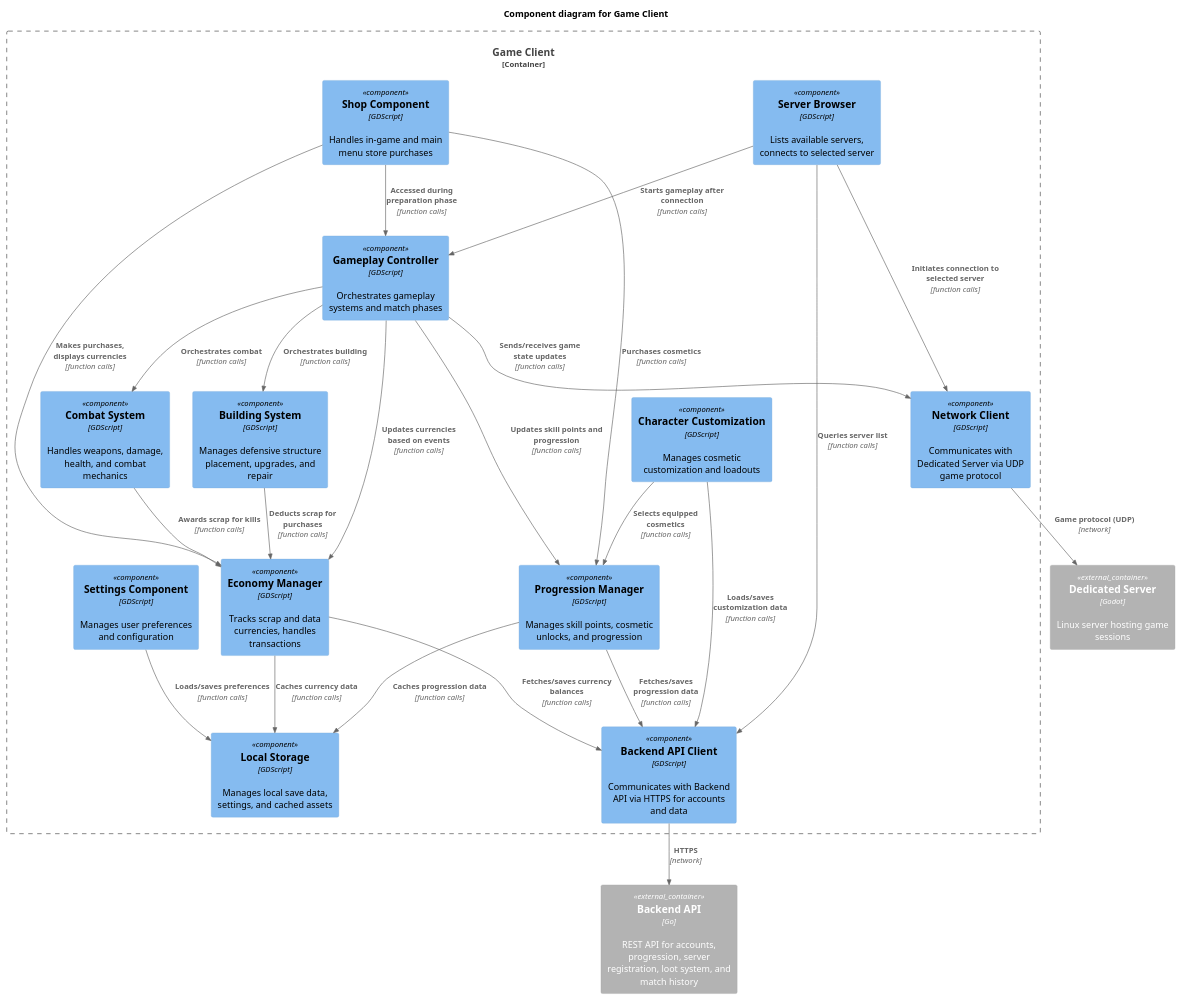
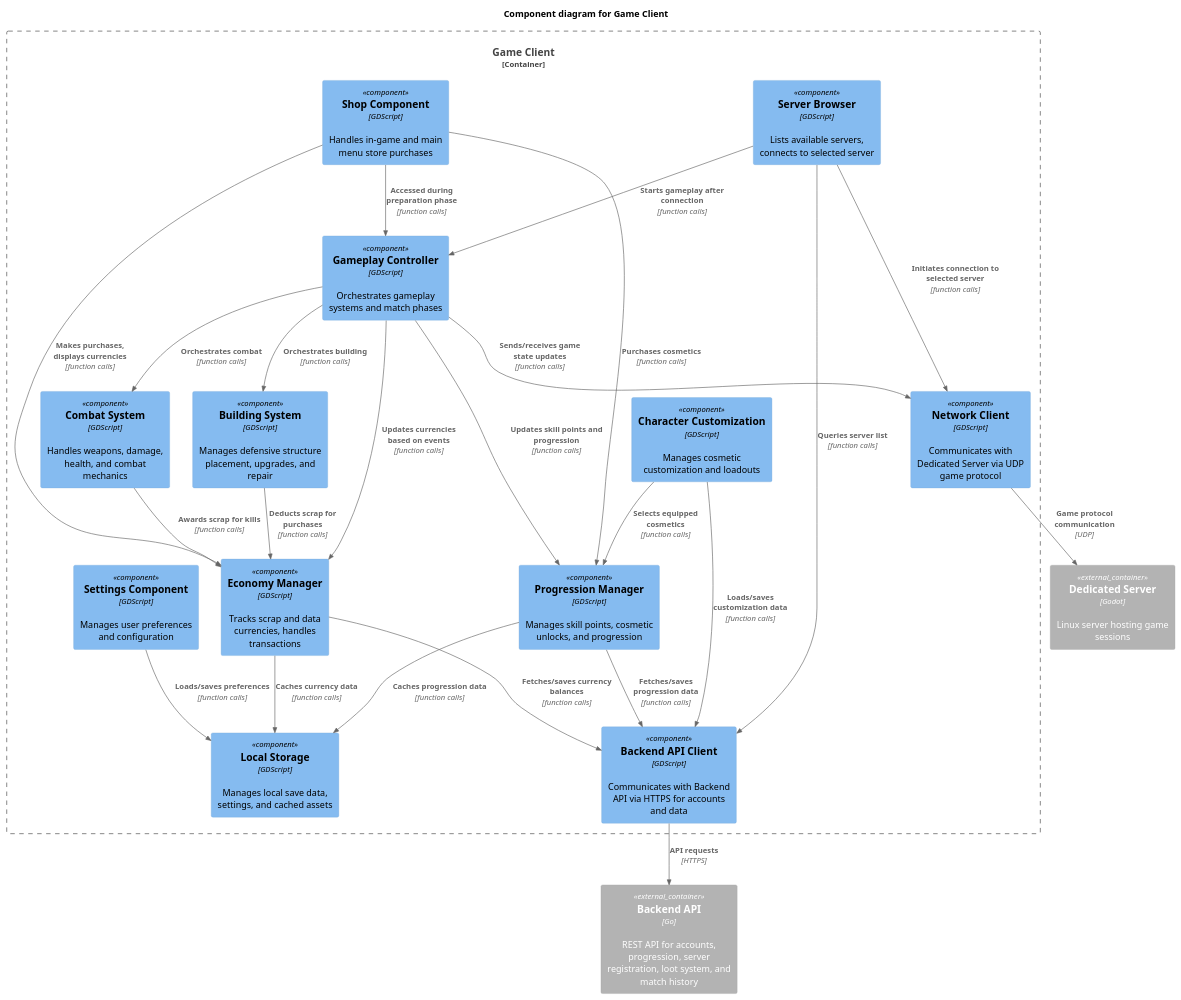
One commit to rodd-oss/ai-zombie-defense changed the diagram in docs/c4/containers/game-client.puml. Above: the diagram before and after it, drawn with PlantUML. The commit also changed 7 other files, not shown here.

First line of the commit message:
Update C4 diagrams and PRD documentation

```diff
--- a/docs/c4/containers/game-client.puml
+++ b/docs/c4/containers/game-client.puml
@@ -1,74 +1,74 @@
 @startuml
 !include https://raw.githubusercontent.com/plantuml-stdlib/C4-PlantUML/master/C4_Component.puml
 
 title Component diagram for Game Client
 
 ' External containers (from container diagram)
 Container_Ext(dedicated_server, "Dedicated Server", "Godot", "Linux server hosting game sessions")
 Container_Ext(backend_api, "Backend API", "Go", "REST API for accounts, progression, server registration, loot system, and match history")
 
 ' Game Client container boundary with internal components
 Container_Boundary(game_client, "Game Client") {
   Component(server_browser, "Server Browser", "GDScript", "Lists available servers, connects to selected server")
   Component(character_customization, "Character Customization", "GDScript", "Manages cosmetic customization and loadouts")
   Component(shop_component, "Shop Component", "GDScript", "Handles in-game and main menu store purchases")
   Component(settings_component, "Settings Component", "GDScript", "Manages user preferences and configuration")
   Component(gameplay_controller, "Gameplay Controller", "GDScript", "Orchestrates gameplay systems and match phases")
   Component(combat_system, "Combat System", "GDScript", "Handles weapons, damage, health, and combat mechanics")
   Component(building_system, "Building System", "GDScript", "Manages defensive structure placement, upgrades, and repair")
   Component(economy_manager, "Economy Manager", "GDScript", "Tracks scrap and data currencies, handles transactions")
   Component(progression_manager, "Progression Manager", "GDScript", "Manages skill points, cosmetic unlocks, and progression")
   Component(network_client, "Network Client", "GDScript", "Communicates with Dedicated Server via UDP game protocol")
   Component(backend_api_client, "Backend API Client", "GDScript", "Communicates with Backend API via HTTPS for accounts and data")
   Component(local_storage, "Local Storage", "GDScript", "Manages local save data, settings, and cached assets")
 }
 
 ' Relationships between components
 ' Server Browser interactions
 Rel(server_browser, backend_api_client, "Queries server list", "function calls")
 Rel(server_browser, network_client, "Initiates connection to selected server", "function calls")
 Rel(server_browser, gameplay_controller, "Starts gameplay after connection", "function calls")
 
 ' Character Customization interactions
 Rel(character_customization, progression_manager, "Selects equipped cosmetics", "function calls")
 Rel(character_customization, backend_api_client, "Loads/saves customization data", "function calls")
 
 ' Shop interactions
 Rel(shop_component, economy_manager, "Makes purchases, displays currencies", "function calls")
 Rel(shop_component, progression_manager, "Purchases cosmetics", "function calls")
 Rel(shop_component, gameplay_controller, "Accessed during preparation phase", "function calls")
 
 ' Settings interactions
 Rel(settings_component, local_storage, "Loads/saves preferences", "function calls")
 
 ' Gameplay interactions
 Rel(gameplay_controller, combat_system, "Orchestrates combat", "function calls")
 Rel(gameplay_controller, building_system, "Orchestrates building", "function calls")
 Rel(gameplay_controller, economy_manager, "Updates currencies based on events", "function calls")
 Rel(gameplay_controller, progression_manager, "Updates skill points and progression", "function calls")
 
 ' Combat and building interactions
 Rel(combat_system, economy_manager, "Awards scrap for kills", "function calls")
 Rel(building_system, economy_manager, "Deducts scrap for purchases", "function calls")
 
 ' Network interactions
 Rel(gameplay_controller, network_client, "Sends/receives game state updates", "function calls")
-Rel(network_client, dedicated_server, "Game protocol (UDP)", "network")
+Rel(network_client, dedicated_server, "Game protocol communication", "UDP")
 
 ' Backend API interactions
 Rel(progression_manager, backend_api_client, "Fetches/saves progression data", "function calls")
 Rel(economy_manager, backend_api_client, "Fetches/saves currency balances", "function calls")
-Rel(backend_api_client, backend_api, "HTTPS", "network")
+Rel(backend_api_client, backend_api, "API requests", "HTTPS")
 
 ' Local storage interactions
 Rel(progression_manager, local_storage, "Caches progression data", "function calls")
 Rel(economy_manager, local_storage, "Caches currency data", "function calls")
 
 ' Note: Godot engine subsystems (rendering, audio, physics, input) are not shown as they are platform provided
 
 ' Diagram references
 ' See context diagram: docs/c4/context.puml
 ' See container diagram: docs/c4/container.puml
 ' (This is a component diagram for the "Game Client" container)
 
 @enduml
```
